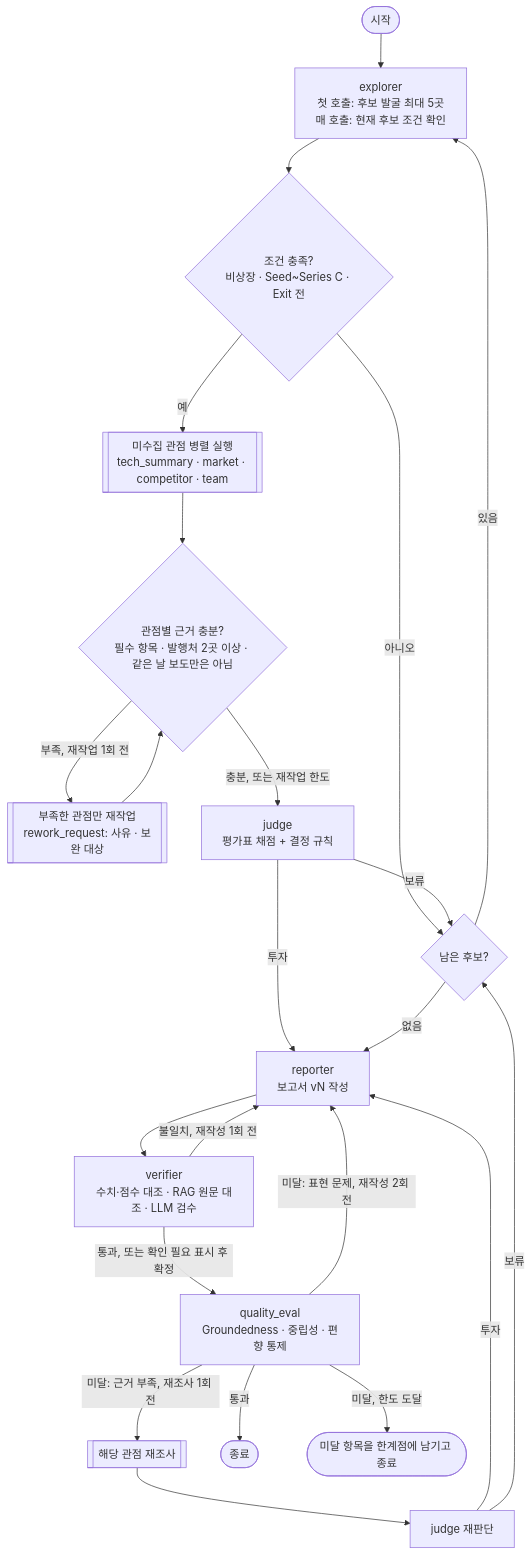
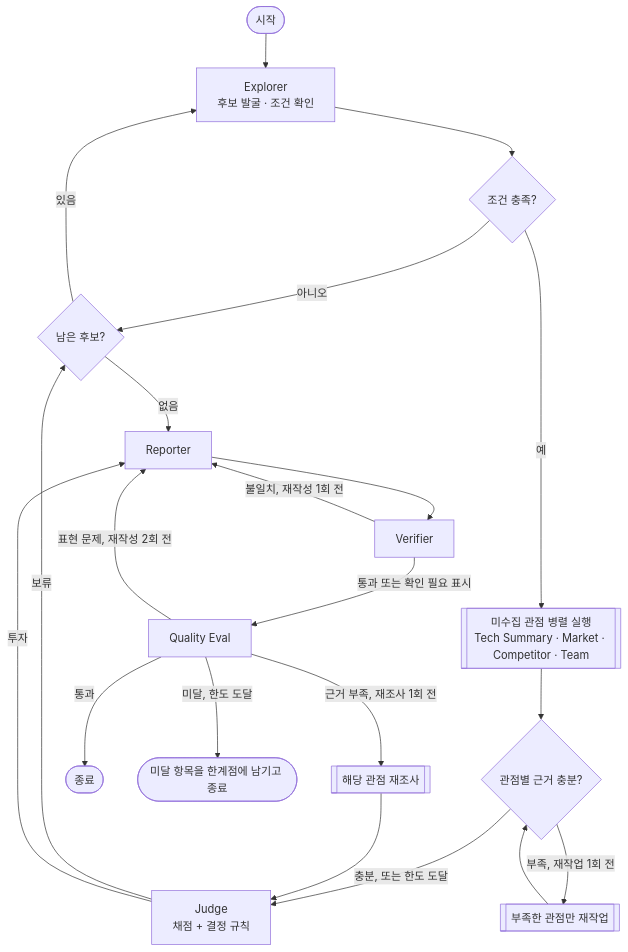
Before and after one commit to 97-99-02/multi-agent-orchestration: the diagram in README.md, drawn with Mermaid. The commit also changed other lines of this file, not shown here.

````diff
--- a/README.md
+++ b/README.md
@@ -102,25 +60,23 @@
 ```mermaid
 graph TD
-    START([시작]) --> EX[explorer<br/>첫 호출: 후보 발굴 최대 5곳<br/>매 호출: 현재 후보 조건 확인]
-    EX --> C1{조건 충족?<br/>비상장 · Seed~Series C · Exit 전}
+    START([시작]) --> EX[Explorer<br/>후보 발굴 · 조건 확인]
+    EX --> C1{조건 충족?}
     C1 -->|아니오| NEXT{남은 후보?}
-    C1 -->|예| PAR[[미수집 관점 병렬 실행<br/>tech_summary · market · competitor · team]]
-    PAR --> EV{관점별 근거 충분?<br/>필수 항목 · 발행처 2곳 이상 · 같은 날 보도만은 아님}
-    EV -->|부족, 재작업 1회 전| RW[[부족한 관점만 재작업<br/>rework_request: 사유 · 보완 대상]]
+    C1 -->|예| PAR[[미수집 관점 병렬 실행<br/>Tech Summary · Market · Competitor · Team]]
+    PAR --> EV{관점별 근거 충분?}
+    EV -->|부족, 재작업 1회 전| RW[[부족한 관점만 재작업]]
     RW --> EV
-    EV -->|충분, 또는 재작업 한도| JD[judge<br/>평가표 채점 + 결정 규칙]
+    EV -->|충분, 또는 한도 도달| JD[Judge<br/>채점 + 결정 규칙]
     JD -->|보류| NEXT
     NEXT -->|있음| EX
-    JD -->|투자| RP[reporter<br/>보고서 vN 작성]
+    JD -->|투자| RP[Reporter]
     NEXT -->|없음| RP
-    RP --> VF[verifier<br/>수치·점수 대조 · RAG 원문 대조 · LLM 검수]
+    RP --> VF[Verifier]
     VF -->|불일치, 재작성 1회 전| RP
-    VF -->|통과, 또는 확인 필요 표시 후 확정| QE[quality_eval<br/>Groundedness · 중립성 · 편향 통제]
-    QE -->|미달: 표현 문제, 재작성 2회 전| RP
-    QE -->|미달: 근거 부족, 재조사 1회 전| RS[[해당 관점 재조사]]
-    RS --> JD2[judge 재판단]
-    JD2 -->|투자| RP
-    JD2 -->|보류| NEXT
+    VF -->|통과 또는 확인 필요 표시| QE[Quality Eval]
+    QE -->|표현 문제, 재작성 2회 전| RP
+    QE -->|근거 부족, 재조사 1회 전| RS[[해당 관점 재조사]]
+    RS --> JD
     QE -->|통과| END([종료])
     QE -->|미달, 한도 도달| END2([미달 항목을 한계점에 남기고 종료])
 ```
````
